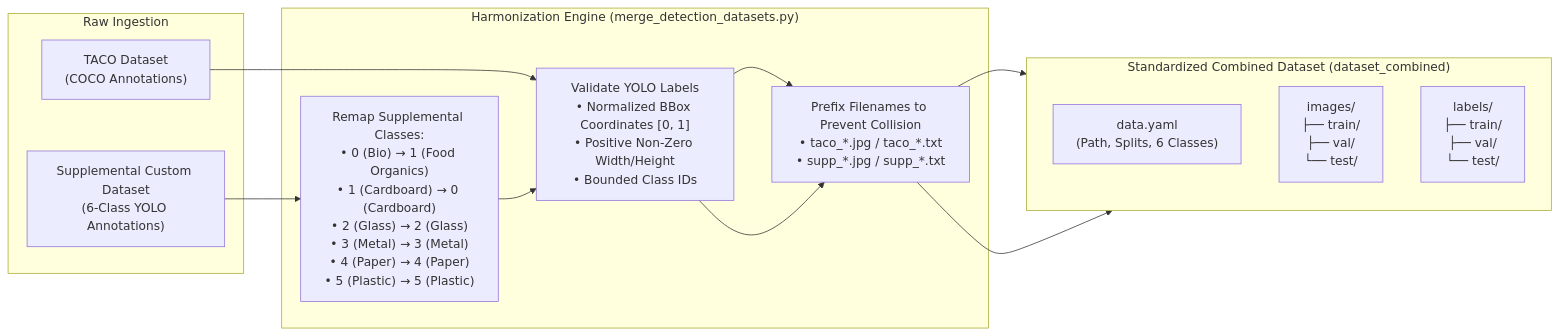
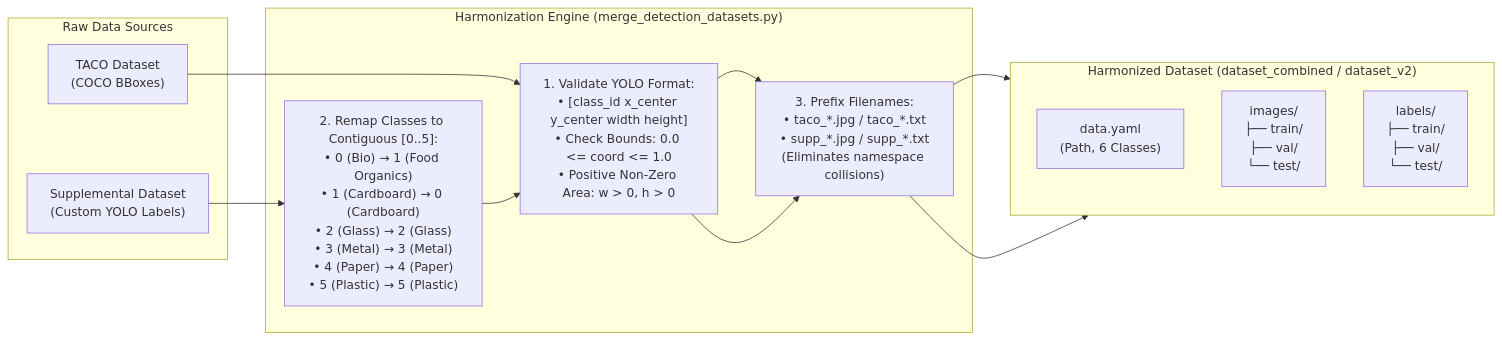
The third of 3 diagrams in ARCHITECTURE.md (Snigdha-0210/Smart_Waste_Classifier), drawn with Mermaid before and after one commit. The commit also changed other lines of this file and 22 other files, not shown here.

Commit message:
docs: overhaul README and ARCHITECTURE with Mermaid diagrams, visual asset showcase, and benchmark tables

````diff
--- a/ARCHITECTURE.md
+++ b/ARCHITECTURE.md
@@ -163,22 +181,22 @@
 ```mermaid
 flowchart LR
-    subgraph RawSources["Raw Ingestion"]
-        T["TACO Dataset\n(COCO Annotations)"]
-        S["Supplemental Custom Dataset\n(6-Class YOLO Annotations)"]
+    subgraph Ingestion["Raw Data Sources"]
+        T["TACO Dataset\n(COCO BBoxes)"]
+        S["Supplemental Dataset\n(Custom YOLO Labels)"]
     end
 
-    subgraph Harmonization["Harmonization Engine (merge_detection_datasets.py)"]
-        V1["Validate YOLO Labels\n• Normalized BBox Coordinates [0, 1]\n• Positive Non-Zero Width/Height\n• Bounded Class IDs"]
-        R1["Remap Supplemental Classes:\n• 0 (Bio) → 1 (Food Organics)\n• 1 (Cardboard) → 0 (Cardboard)\n• 2 (Glass) → 2 (Glass)\n• 3 (Metal) → 3 (Metal)\n• 4 (Paper) → 4 (Paper)\n• 5 (Plastic) → 5 (Plastic)"]
-        Pref["Prefix Filenames to Prevent Collision\n• taco_*.jpg / taco_*.txt\n• supp_*.jpg / supp_*.txt"]
+    subgraph Harmonizer["Harmonization Engine (merge_detection_datasets.py)"]
+        V["1. Validate YOLO Format:\n• [class_id x_center y_center width height]\n• Check Bounds: 0.0 <= coord <= 1.0\n• Positive Non-Zero Area: w > 0, h > 0"]
+        R["2. Remap Classes to Contiguous [0..5]:\n• 0 (Bio) → 1 (Food Organics)\n• 1 (Cardboard) → 0 (Cardboard)\n• 2 (Glass) → 2 (Glass)\n• 3 (Metal) → 3 (Metal)\n• 4 (Paper) → 4 (Paper)\n• 5 (Plastic) → 5 (Plastic)"]
+        P["3. Prefix Filenames:\n• taco_*.jpg / taco_*.txt\n• supp_*.jpg / supp_*.txt\n(Eliminates namespace collisions)"]
     end
 
-    subgraph OutputRepo["Standardized Combined Dataset (dataset_combined)"]
-        YAML["data.yaml\n(Path, Splits, 6 Classes)"]
-        Imgs["images/\n├── train/\n├── val/\n└── test/"]
-        Lbls["labels/\n├── train/\n├── val/\n└── test/"]
+    subgraph OutputData["Harmonized Dataset (dataset_combined / dataset_v2)"]
+        Y["data.yaml\n(Path, 6 Classes)"]
+        I["images/\n├── train/\n├── val/\n└── test/"]
+        L["labels/\n├── train/\n├── val/\n└── test/"]
     end
 
-    T --> V1 --> Pref --> OutputRepo
-    S --> R1 --> V1 --> Pref --> OutputRepo
+    T --> V --> P --> OutputData
+    S --> R --> V --> P --> OutputData
 ```
````
